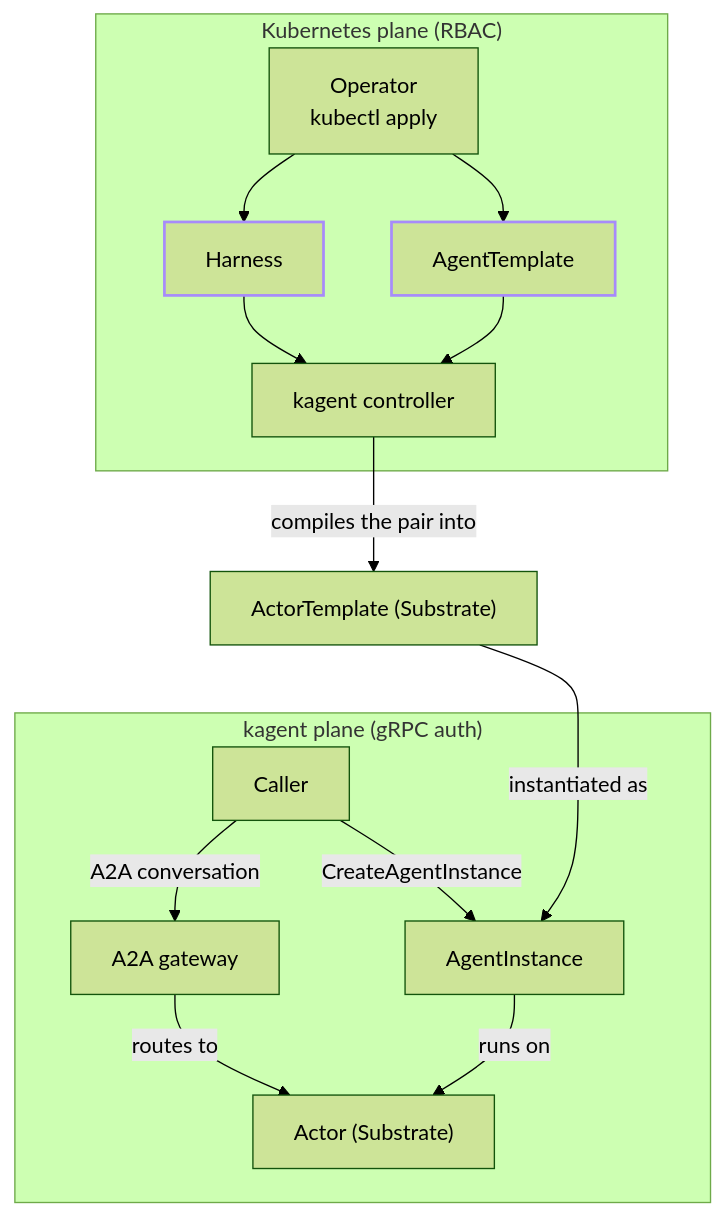
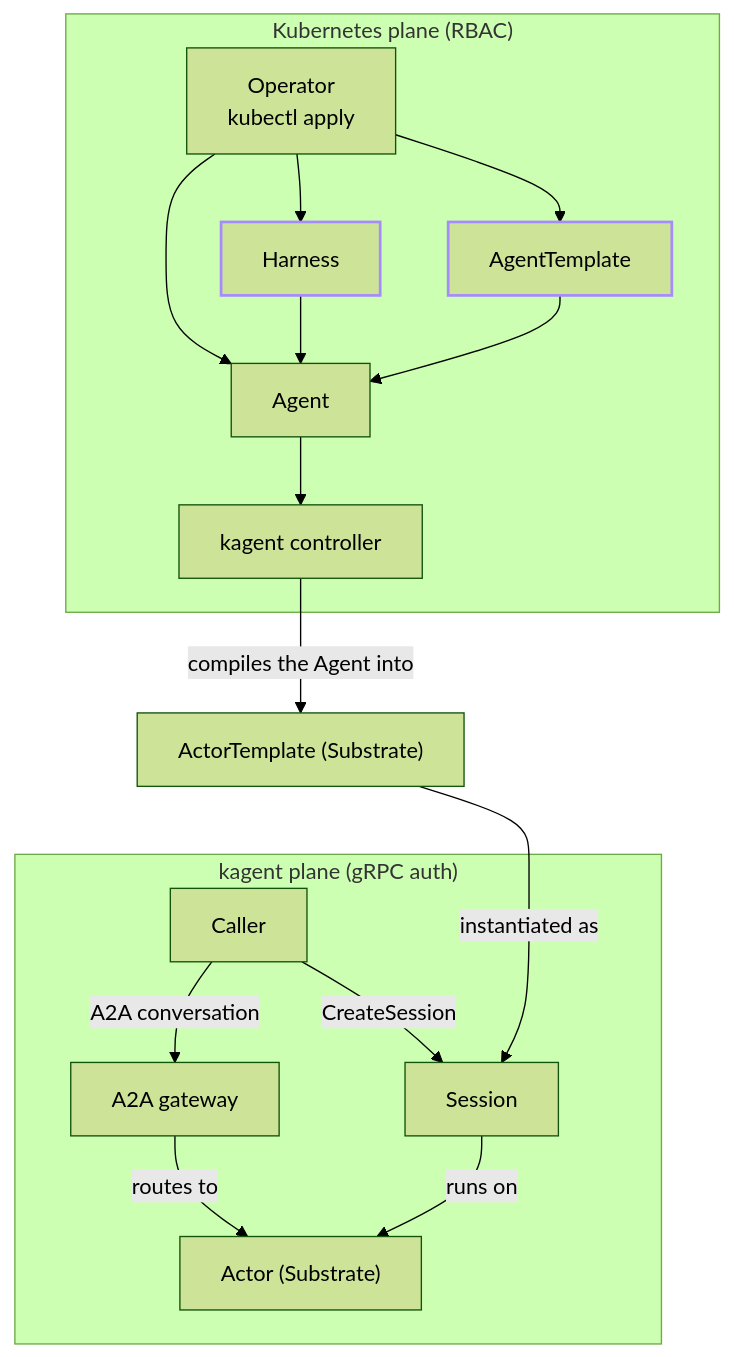
Before and after one commit to kagent-dev/website: the diagram in docs-site/content/kagent/1.x/about/architecture/kagent.md, drawn with Mermaid (forest theme). The commit also changed other lines of this file and 3 other files, not shown here.

````diff
--- a/docs-site/content/kagent/1.x/about/architecture/kagent.md
+++ b/docs-site/content/kagent/1.x/about/architecture/kagent.md
@@ -22,43 +22,46 @@
 ```mermaid
 flowchart TB
 
     subgraph k8s["Kubernetes plane (RBAC)"]
         operator["Operator<br>kubectl apply"]
         harness["Harness"]
         template["AgentTemplate"]
+        agent["Agent"]
         controller["kagent controller"]
         operator --> harness
         operator --> template
-        harness --> controller
-        template --> controller
+        operator --> agent
+        harness --> agent
+        template --> agent
+        agent --> controller
     end
 
     %% Declared outside both subgraphs on purpose. An ActorTemplate is a Substrate
     %% resource reached over gRPC, not a Kubernetes object, so it belongs to
     %% neither plane. A node joins whichever subgraph first references it, so both
     %% of its edges have to live out here too.
     actortemplate["ActorTemplate (Substrate)"]
-    controller -->|compiles the pair into| actortemplate
+    controller -->|compiles the Agent into| actortemplate
 
     subgraph kagentplane["kagent plane (gRPC auth)"]
         caller["Caller"]
         gateway["A2A gateway"]
-        instance["AgentInstance"]
+        session["Session"]
         actor["Actor (Substrate)"]
         caller -->|A2A conversation| gateway
-        caller -->|CreateAgentInstance| instance
+        caller -->|CreateSession| session
         gateway -->|routes to| actor
-        instance -->|runs on| actor
+        session -->|runs on| actor
     end
 
-    actortemplate -->|instantiated as| instance
+    actortemplate -->|instantiated as| session
     %% Invisible link: forces the kagent plane to sit fully below the ActorTemplate,
     %% and the ActorTemplate below the Kubernetes plane. Without it the layout engine
     %% staggers the two planes diagonally, which both wastes width and scrambles the
     %% reading order. Anchor it to actortemplate, not controller: anchoring higher
     %% loses the stacking. Verified by rendering.
     actortemplate ~~~ caller
 
     classDef crd stroke:#a78bfa,stroke-width:2px
     class harness,template crd
 ```
````
